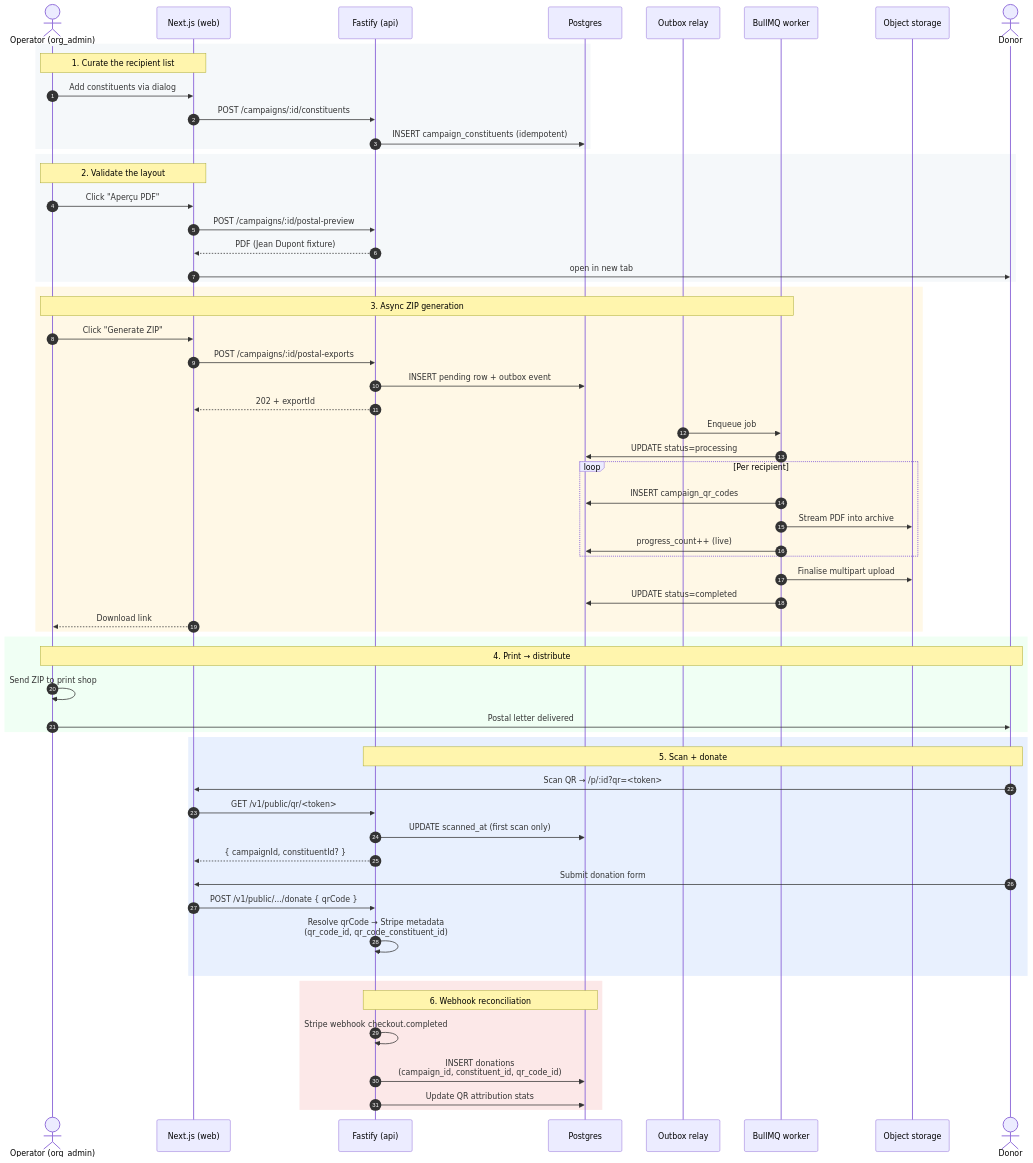
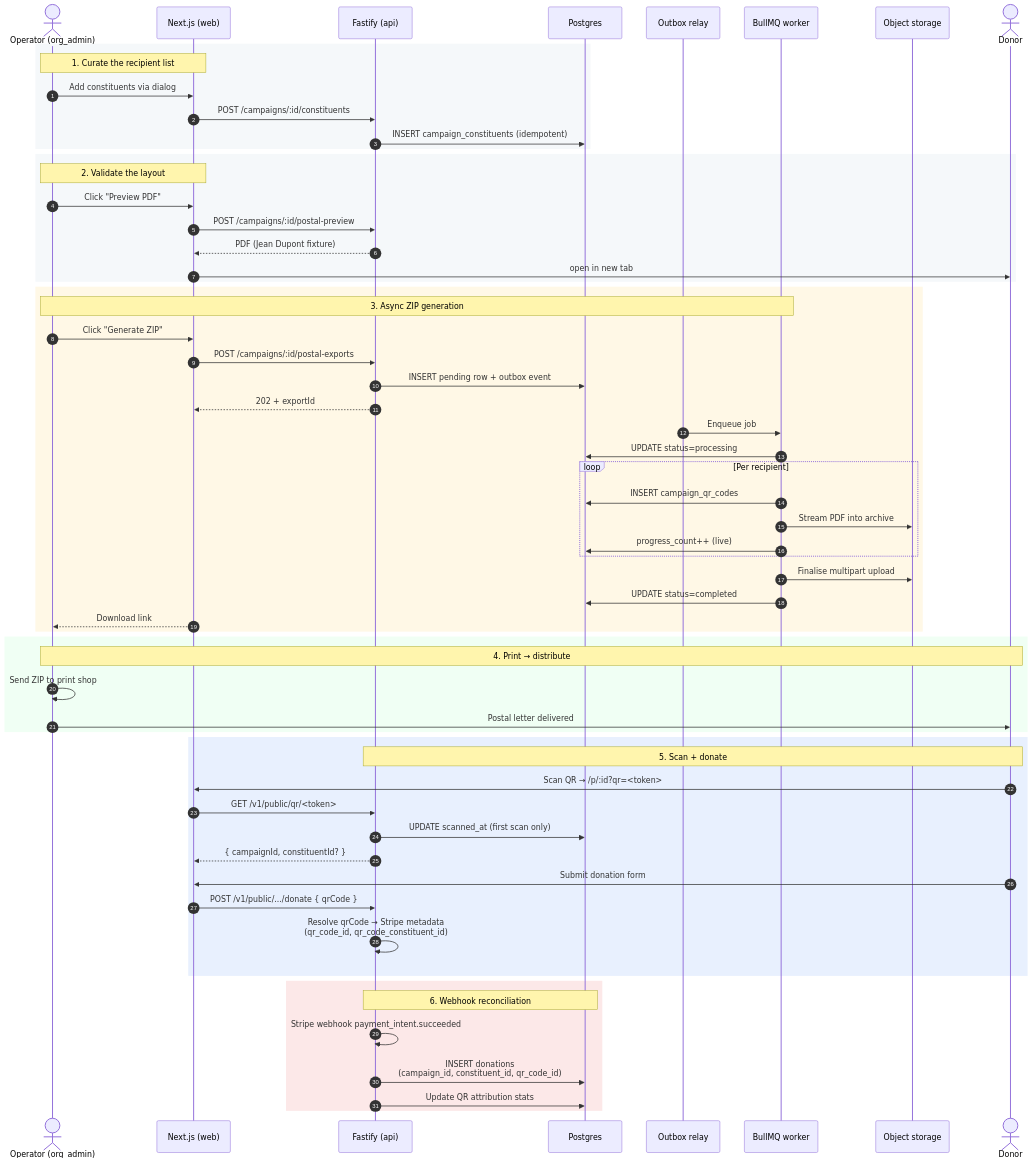
One commit to purposestack/givernance changed the diagram in diagrams/postal-campaign-flow.mmd. Above: the diagram before and after it, drawn with Mermaid. The commit also changed 19 other files, not shown here.

```diff
--- a/diagrams/postal-campaign-flow.mmd
+++ b/diagrams/postal-campaign-flow.mmd
@@ -1,70 +1,70 @@
 %%{init: {'theme':'default'}}%%
 %% End-to-end postal campaign + QR reconciliation flow (Epic #274).
 %% Companion to `docs/23-postal-campaigns.md`.
 sequenceDiagram
     autonumber
     actor Op as Operator (org_admin)
     participant Web as Next.js (web)
     participant API as Fastify (api)
     participant DB as Postgres
     participant Outbox as Outbox relay
     participant Worker as BullMQ worker
     participant S3 as Object storage
     actor Donor
 
     rect rgb(245, 248, 250)
       Note over Op,Web: 1. Curate the recipient list
       Op->>Web: Add constituents via dialog
       Web->>API: POST /campaigns/:id/constituents
       API->>DB: INSERT campaign_constituents (idempotent)
     end
 
     rect rgb(245, 248, 250)
       Note over Op,Web: 2. Validate the layout
-      Op->>Web: Click "Aperçu PDF"
+      Op->>Web: Click "Preview PDF"
       Web->>API: POST /campaigns/:id/postal-preview
       API-->>Web: PDF (Jean Dupont fixture)
       Web->>Donor: open in new tab
     end
 
     rect rgb(255, 248, 230)
       Note over Op,Worker: 3. Async ZIP generation
       Op->>Web: Click "Generate ZIP"
       Web->>API: POST /campaigns/:id/postal-exports
       API->>DB: INSERT pending row + outbox event
       API-->>Web: 202 + exportId
       Outbox->>Worker: Enqueue job
       Worker->>DB: UPDATE status=processing
       loop Per recipient
         Worker->>DB: INSERT campaign_qr_codes
         Worker->>S3: Stream PDF into archive
         Worker->>DB: progress_count++ (live)
       end
       Worker->>S3: Finalise multipart upload
       Worker->>DB: UPDATE status=completed
       Web-->>Op: Download link
     end
 
     rect rgb(240, 255, 244)
       Note over Op,Donor: 4. Print → distribute
       Op->>Op: Send ZIP to print shop
       Op->>Donor: Postal letter delivered
     end
 
     rect rgb(232, 240, 254)
       Note over Donor,API: 5. Scan + donate
       Donor->>Web: Scan QR → /p/:id?qr=<token>
       Web->>API: GET /v1/public/qr/<token>
       API->>DB: UPDATE scanned_at (first scan only)
       API-->>Web: { campaignId, constituentId? }
       Donor->>Web: Submit donation form
       Web->>API: POST /v1/public/.../donate { qrCode }
       API->>API: Resolve qrCode → Stripe metadata<br/>(qr_code_id, qr_code_constituent_id)
     end
 
     rect rgb(252, 232, 232)
       Note over API,DB: 6. Webhook reconciliation
-      API->>API: Stripe webhook checkout.completed
+      API->>API: Stripe webhook payment_intent.succeeded
       API->>DB: INSERT donations<br/>(campaign_id, constituent_id, qr_code_id)
       API->>DB: Update QR attribution stats
     end
```
